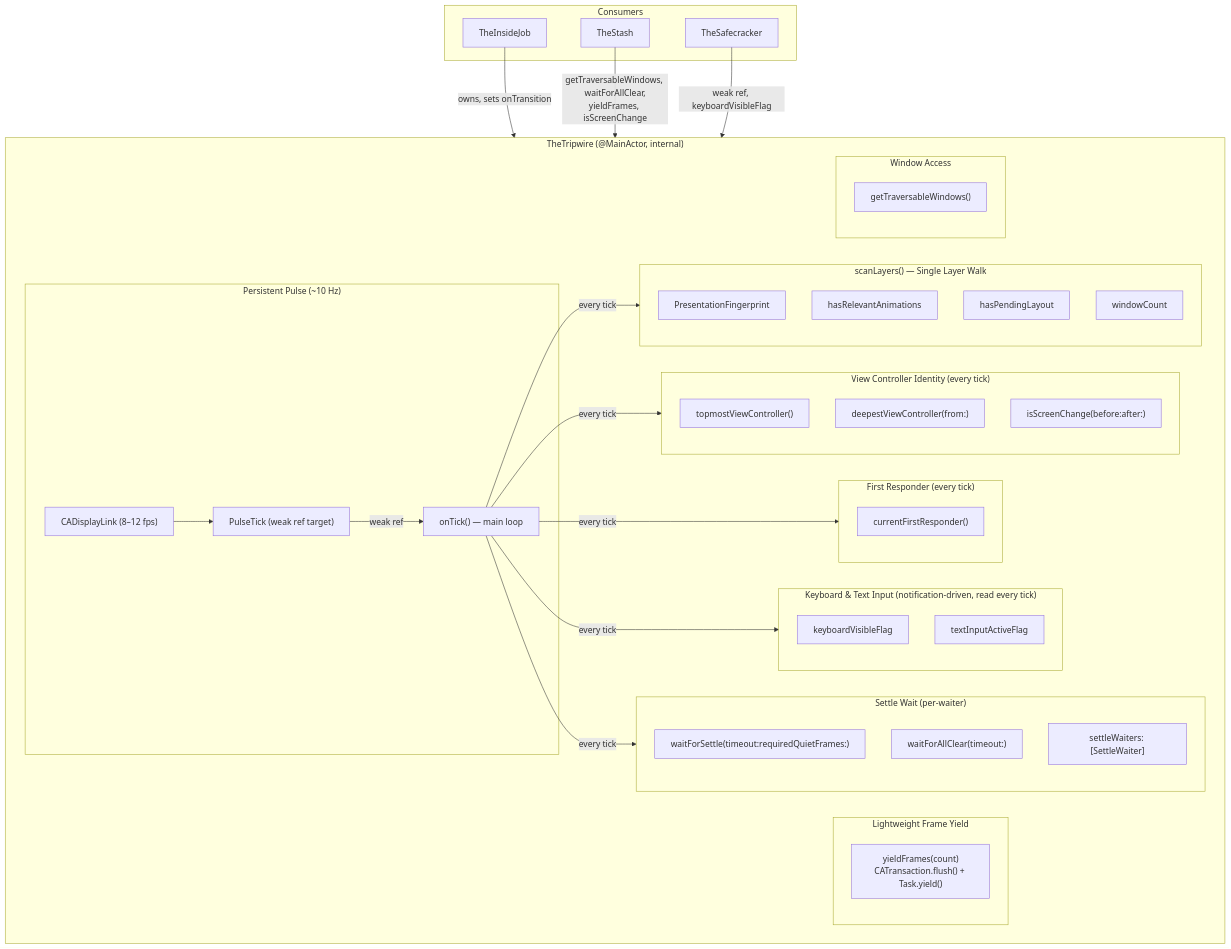
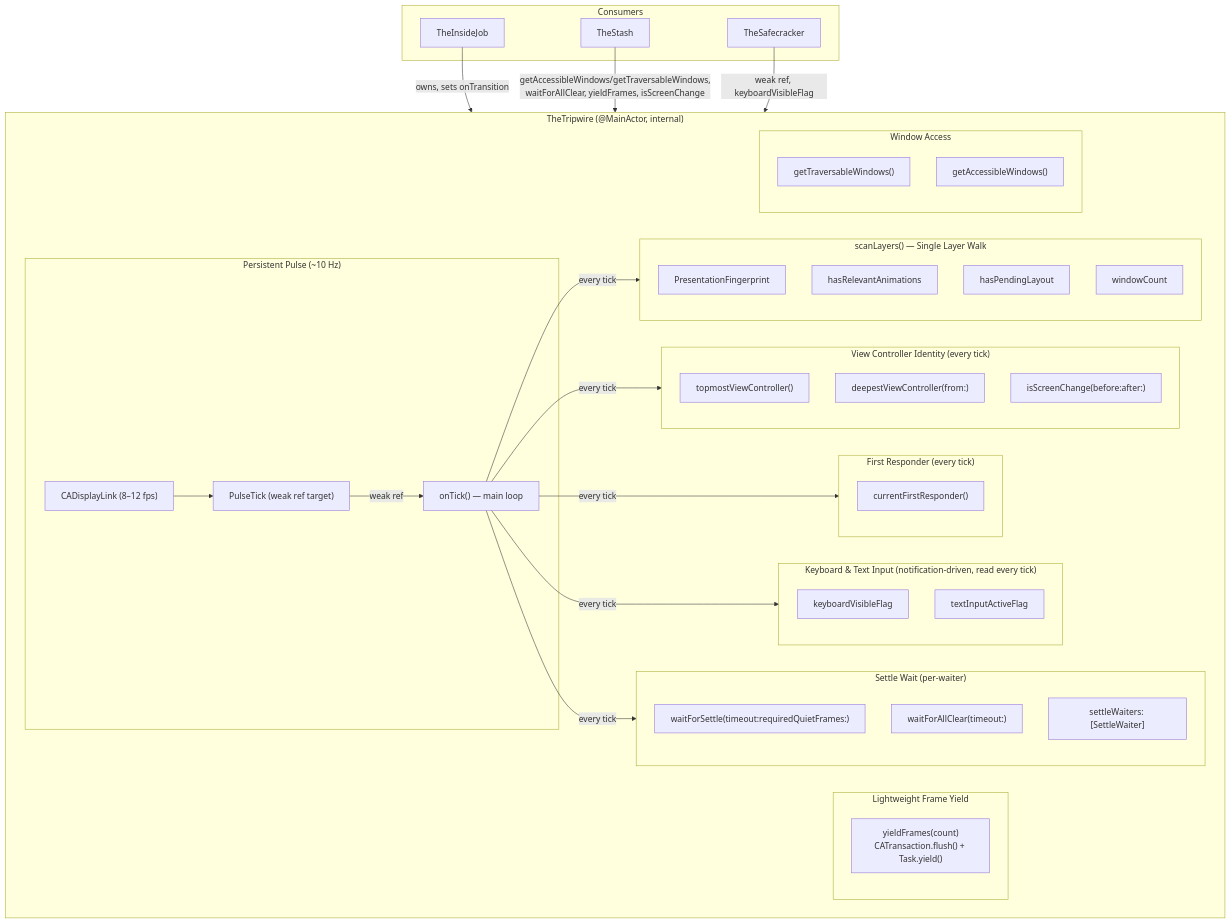
One commit to RoyalPineapple/TheButtonHeist changed the first of 6 diagrams in docs/dossiers/15-THETRIPWIRE.md. Above: the diagram before and after it, drawn with Mermaid. The commit also changed other lines of this file and 7 other files, not shown here.

Commit message:
Keep elevated non-modal windows accessible

````diff
--- a/docs/dossiers/15-THETRIPWIRE.md
+++ b/docs/dossiers/15-THETRIPWIRE.md
@@ -42,64 +42,65 @@
 ```mermaid
 graph TD
     subgraph TheTripwire["TheTripwire (@MainActor, internal)"]
         subgraph Pulse["Persistent Pulse (~10 Hz)"]
             PulseTick["PulseTick (weak ref target)"]
             DisplayLink["CADisplayLink (8–12 fps)"]
             OnTick["onTick() — main loop"]
         end
 
         subgraph Scan["scanLayers() — Single Layer Walk"]
             FP["PresentationFingerprint"]
             Anim["hasRelevantAnimations"]
             Layout["hasPendingLayout"]
             WinCount["windowCount"]
         end
 
         subgraph VCIdentity["View Controller Identity (every tick)"]
             TopVC["topmostViewController()"]
             DeepVC["deepestViewController(from:)"]
             ScreenChange["isScreenChange(before:after:)"]
         end
 
         subgraph Focus["First Responder (every tick)"]
             FirstResp["currentFirstResponder()"]
         end
 
         subgraph Keyboard["Keyboard & Text Input (notification-driven, read every tick)"]
             KBFlag["keyboardVisibleFlag"]
             TextFlag["textInputActiveFlag"]
         end
 
         subgraph Settle["Settle Wait (per-waiter)"]
             WaitSettle["waitForSettle(timeout:requiredQuietFrames:)"]
             WaitAllClear["waitForAllClear(timeout:)"]
             Waiters["settleWaiters: [SettleWaiter]"]
         end
 
         subgraph FrameYield["Lightweight Frame Yield"]
             YieldFrames["yieldFrames(count)<br/>CATransaction.flush() + Task.yield()"]
         end
 
         subgraph Windows["Window Access"]
             GetWindows["getTraversableWindows()"]
+            GetAXWindows["getAccessibleWindows()"]
         end
     end
 
     DisplayLink --> PulseTick
     PulseTick -->|"weak ref"| OnTick
     OnTick -->|"every tick"| Scan
     OnTick -->|"every tick"| VCIdentity
     OnTick -->|"every tick"| Focus
     OnTick -->|"every tick"| Keyboard
     OnTick -->|"every tick"| Settle
 
     subgraph Consumers["Consumers"]
         IJ["TheInsideJob"]
         BM["TheStash"]
         SC["TheSafecracker"]
     end
 
     IJ -->|"owns, sets onTransition"| TheTripwire
-    BM -->|"getTraversableWindows, waitForAllClear,<br/>yieldFrames, isScreenChange"| TheTripwire
+    BM -->|"getAccessibleWindows/getTraversableWindows,<br/>waitForAllClear, yieldFrames, isScreenChange"| TheTripwire
     SC -->|"weak ref, keyboardVisibleFlag"| TheTripwire
 ```
````
